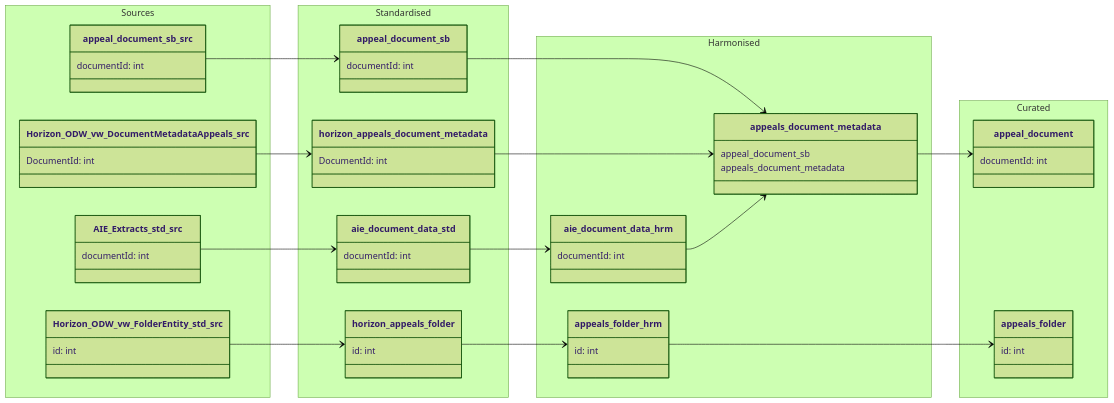
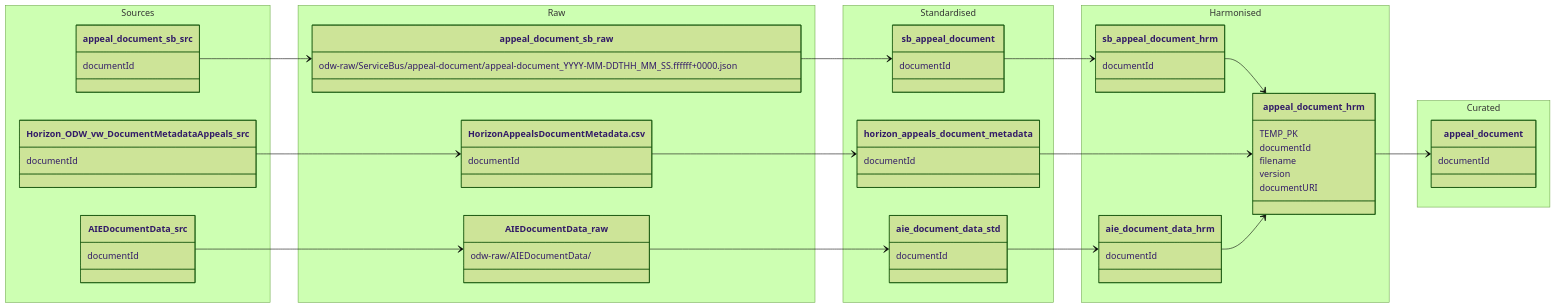
One commit to Planning-Inspectorate/odw-synapse-workspace changed the diagram in data-models/appeal-document.md. Above: the diagram before and after it, drawn with Mermaid (forest theme). The commit also changed other lines of this file and 5 other files, not shown here.

First line of the commit message:
3279-Validate, Correct, and Complete Data Flow Diagrams in GitHub for Appeals Entity (#2604)

````diff
--- a/data-models/appeal-document.md
+++ b/data-models/appeal-document.md
@@ -7,5 +6,4 @@
 ```mermaid
-
 classDiagram
 
     direction LR
@@ -13,80 +11,89 @@
     namespace Sources {
 
         class appeal_document_sb_src {
-            documentId: int
+            documentId
         }
 
         class Horizon_ODW_vw_DocumentMetadataAppeals_src {
-            DocumentId: int
+            documentId
         }
 
-        class AIE_Extracts_std_src {
-            documentId: int
+        class AIEDocumentData_src {
+            documentId
+        }
+    }
+
+    namespace Raw {
+
+        class appeal_document_sb_raw {
+            odw-raw/ServiceBus/appeal-document/appeal-document_YYYY-MM-DDTHH_MM_SS.ffffff+0000.json
         }
 
-        class Horizon_ODW_vw_FolderEntity_std_src {
-            id: int
+        class HorizonAppealsDocumentMetadata.csv {
+            documentId
+        }
+
+        class AIEDocumentData_raw {
+            odw-raw/AIEDocumentData/
         }
     }
-    
+
     namespace Standardised {
 
-        class appeal_document_sb {
-            documentId: int
+        class sb_appeal_document {
+            documentId
         }
 
         class horizon_appeals_document_metadata {
-            DocumentId: int
+            documentId
         }
 
         class aie_document_data_std {
-            documentId: int
-        }
-
-        class horizon_appeals_folder {
-            id: int
+            documentId
         }
     }
 
     namespace Harmonised {
 
-        class aie_document_data_hrm {
-            documentId: int
+        class sb_appeal_document_hrm {
+            documentId
         }
 
-        class appeals_document_metadata {
-            appeal_document_sb
-            appeals_document_metadata
+        class aie_document_data_hrm {
+            documentId
         }
 
-        class appeals_folder_hrm {
-            id: int
+        class appeal_document_hrm {
+
+            TEMP_PK
+            documentId
+            filename
+            version
+            documentURI
+
         }
     }
 
     namespace Curated {
 
         class appeal_document {
-            documentId: int
-        }
-
-        class appeals_folder {
-            id: int
+            documentId
         }
     }
 
-`appeal_document_sb_src` --> `appeal_document_sb`
-`Horizon_ODW_vw_DocumentMetadataAppeals_src` --> `horizon_appeals_document_metadata`
-`AIE_Extracts_std_src` --> `aie_document_data_std`
-`appeal_document_sb` --> `appeals_document_metadata`
-`horizon_appeals_document_metadata` --> `appeals_document_metadata`
-`aie_document_data_std` --> `aie_document_data_hrm`
-`aie_document_data_hrm` --> `appeals_document_metadata`
-`appeals_document_metadata` --> `appeal_document`
+    appeal_document_sb_src --> appeal_document_sb_raw
+    appeal_document_sb_raw --> sb_appeal_document
+    sb_appeal_document --> sb_appeal_document_hrm
 
-`Horizon_ODW_vw_FolderEntity_std_src` --> `horizon_appeals_folder`
-`horizon_appeals_folder` --> `appeals_folder_hrm`
-`appeals_folder_hrm` --> `appeals_folder`
+    Horizon_ODW_vw_DocumentMetadataAppeals_src --> HorizonAppealsDocumentMetadata.csv
+    HorizonAppealsDocumentMetadata.csv --> horizon_appeals_document_metadata
+    AIEDocumentData_src --> AIEDocumentData_raw
+    AIEDocumentData_raw --> aie_document_data_std
+    aie_document_data_std --> aie_document_data_hrm
 
+    sb_appeal_document_hrm --> appeal_document_hrm
+    horizon_appeals_document_metadata --> appeal_document_hrm
+    aie_document_data_hrm --> appeal_document_hrm
 
+    appeal_document_hrm --> appeal_document
 ```
````
